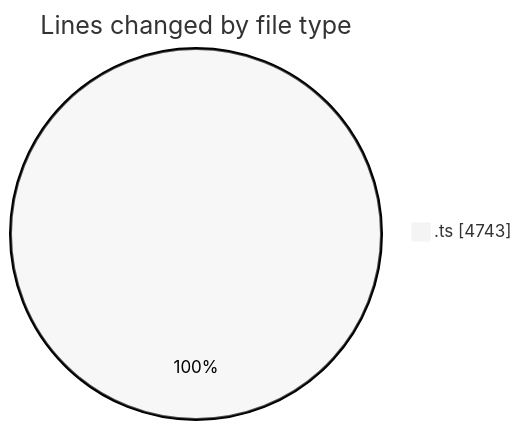
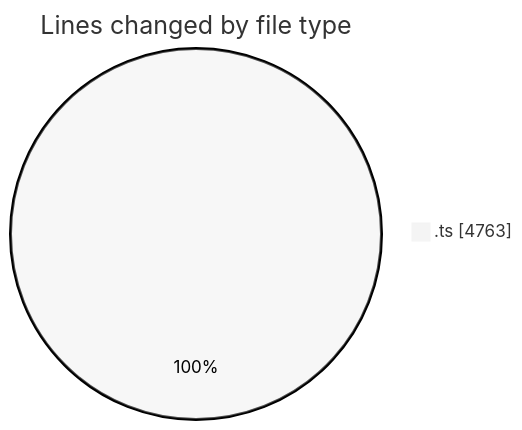
One commit to momahboobian/code-tracking changed the first of 2 diagrams in 2025-08-08/cda/README.md. Above: the diagram before and after it, drawn with Mermaid (neutral theme). The commit also changed other lines of this file and 1 other file, not shown here.

````diff
--- a/2025-08-08/cda/README.md
+++ b/2025-08-08/cda/README.md
@@ -27,5 +27,5 @@
 ```mermaid
 pie showData
 title Lines changed by file type
-".ts" : 4743
+".ts" : 4763
 ```
````
